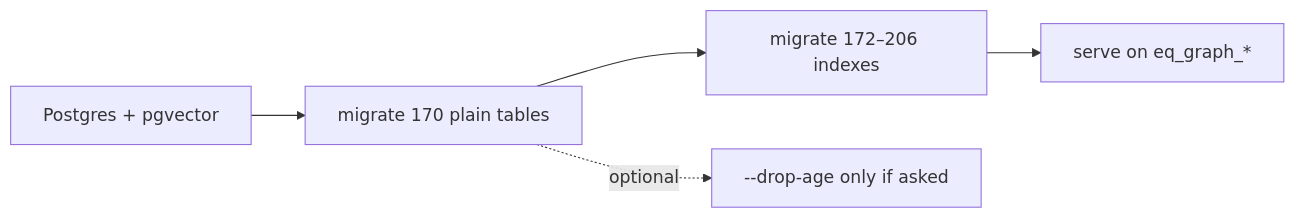
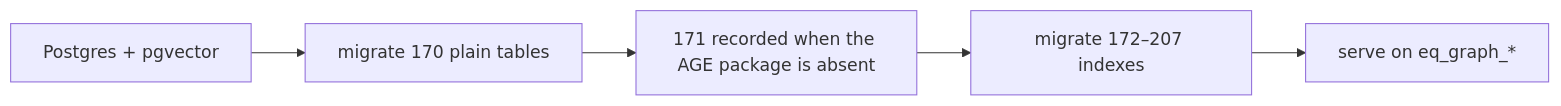
Before and after one commit to YatchiYa/edgequake: the diagram in specs/164-pure-postgres-study/README.md, drawn with Mermaid. The commit also changed other lines of this file and 26 other files, not shown here.

````diff
--- a/specs/164-pure-postgres-study/README.md
+++ b/specs/164-pure-postgres-study/README.md
@@ -45,7 +48,7 @@
 ```mermaid
 flowchart LR
   pg["Postgres + pgvector"] --> m170["migrate 170 plain tables"]
-  m170 --> head["migrate 172–206 indexes"]
+  m170 --> m171["171 recorded when the AGE package is absent"]
+  m171 --> head["migrate 172–207 indexes"]
   head --> serve["serve on eq_graph_*"]
-  m170 -.->|optional| m171["--drop-age only if asked"]
 ```
````
